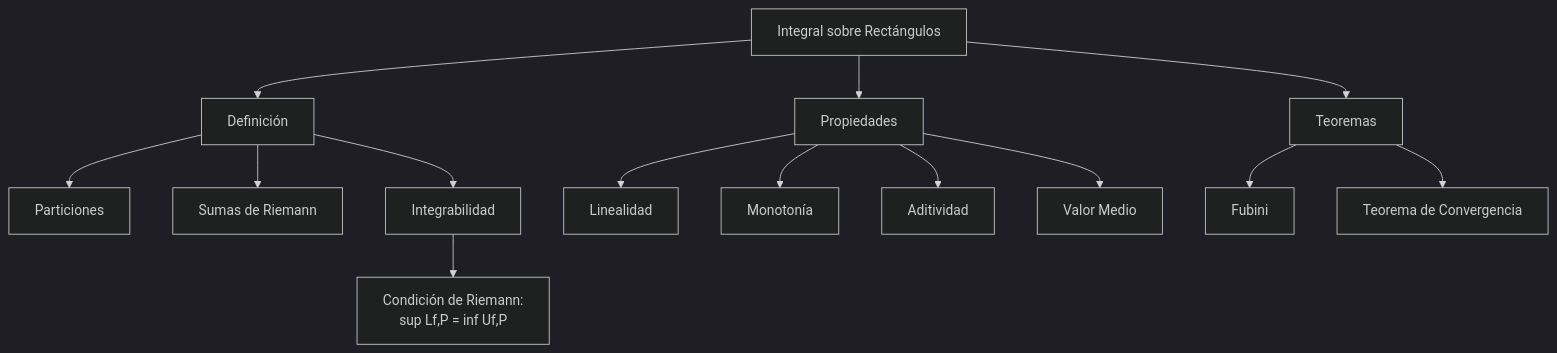
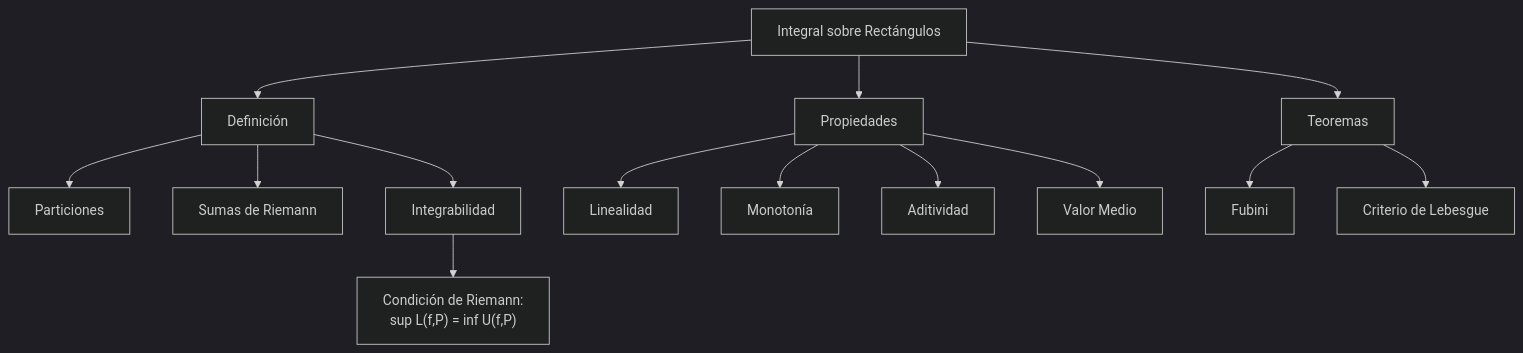
Before and after one commit to djaimej/computer-science-template: the second of 2 diagrams in public/documents/semester-3/2/3211.md, drawn with Mermaid (dark theme). The commit also changed other lines of this file and 21 other files, not shown here.

````diff
--- a/public/documents/semester-3/2/3211.md
+++ b/public/documents/semester-3/2/3211.md
@@ -190,22 +242,22 @@
 ```mermaid
 graph TD
     A[Integral sobre Rectángulos] --> B[Definición]
     A --> C[Propiedades]
     A --> D[Teoremas]
 
     B --> B1[Particiones]
     B --> B2[Sumas de Riemann]
     B --> B3[Integrabilidad]
 
     C --> C1[Linealidad]
     C --> C2[Monotonía]
     C --> C3[Aditividad]
     C --> C4[Valor Medio]
 
     D --> D1[Fubini]
-    D --> D2[Teorema de Convergencia]
+    D --> D2[Criterio de Lebesgue]
 
-    B3 --> E[Condición de Riemann:<br>sup Lf,P = inf Uf,P]
+    B3 --> E["Condición de Riemann:<br>sup L(f,P) = inf U(f,P)"]
 
     class B3,E accent;
 ```
````
